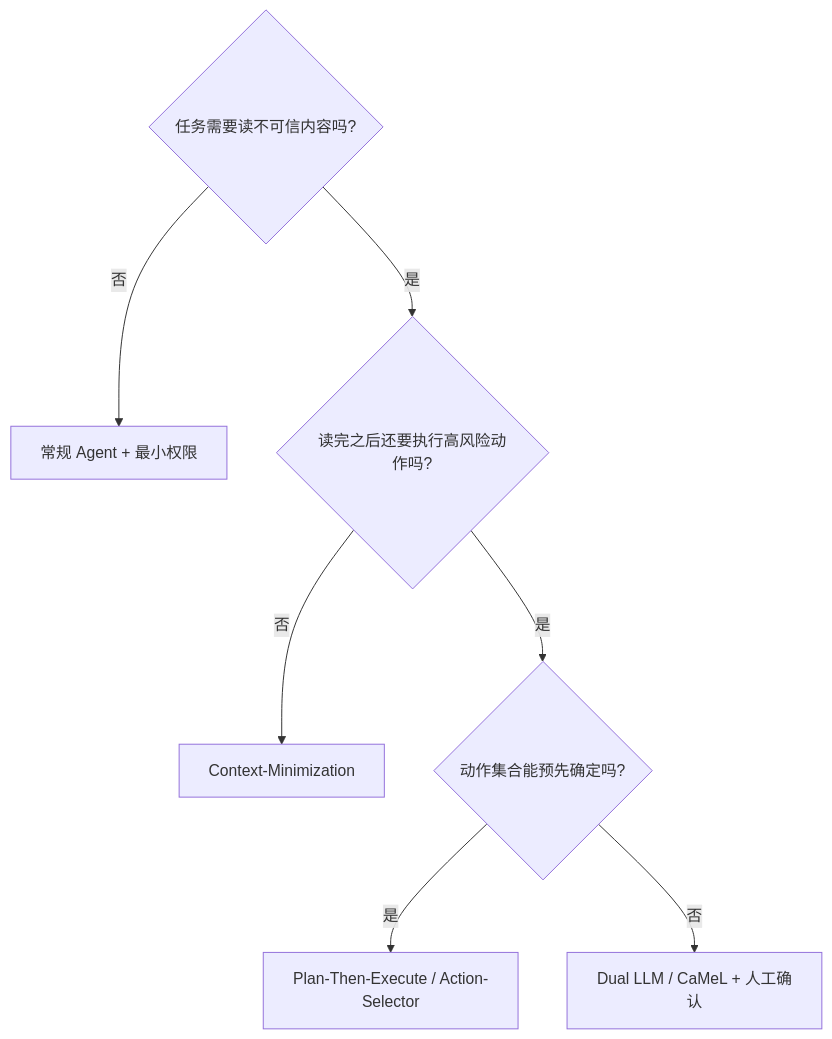
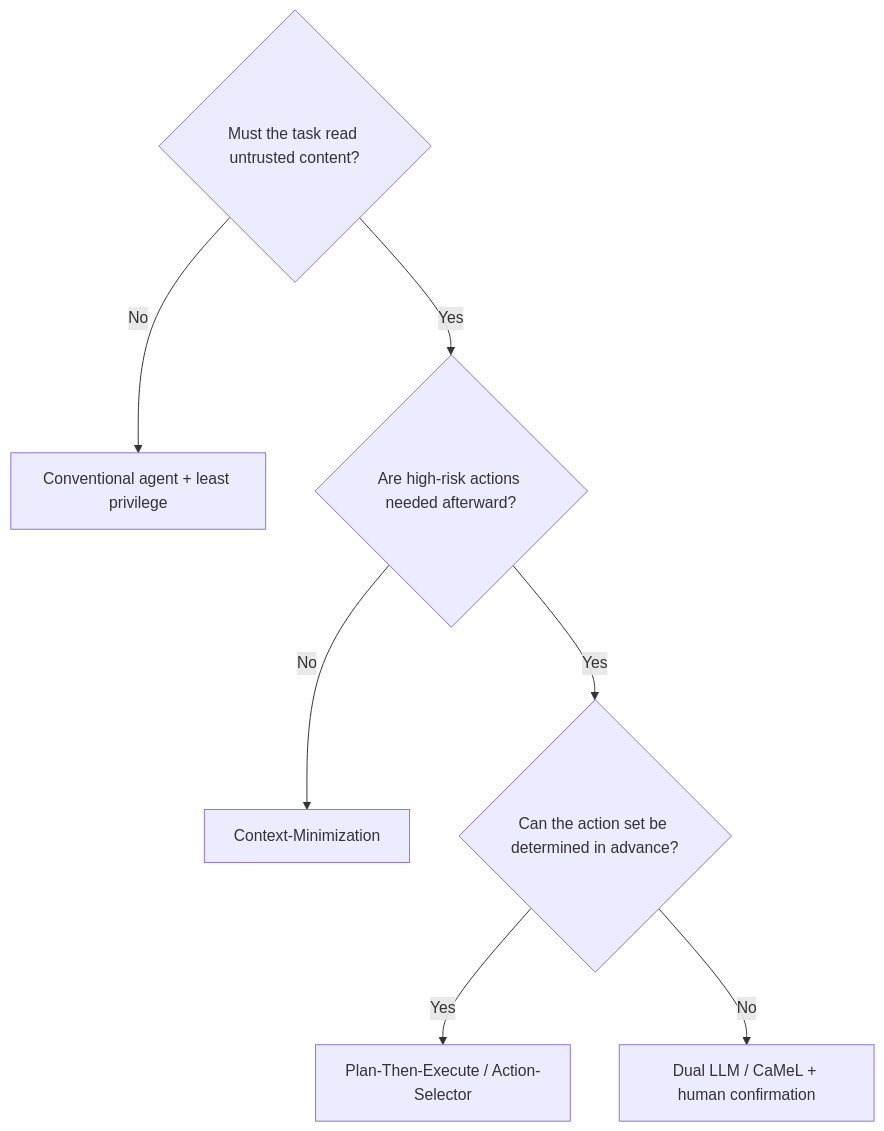
The sixth of 6 diagrams in docs/agent/05-production/15-agent-security.md (oneleaveknowsthefall/awesome-ai-roadmap), drawn with Mermaid before and after one commit. The commit also changed other lines of this file and 68 other files, not shown here.

````diff
--- a/docs/agent/05-production/15-agent-security.md
+++ b/docs/agent/05-production/15-agent-security.md
@@ -236,9 +236,9 @@
 ```mermaid
 flowchart TB
-    Q{任务需要读不可信内容吗?} -->|否| N[常规 Agent + 最小权限]
-    Q -->|是| Q2{读完之后还要执行高风险动作吗?}
-    Q2 -->|否| CM[Context-Minimization]
-    Q2 -->|是| Q3{动作集合能预先确定吗?}
-    Q3 -->|是| PE[Plan-Then-Execute / Action-Selector]
-    Q3 -->|否| DL[Dual LLM / CaMeL + 人工确认]
+    Q{Must the task read untrusted content?} -->|No| N[Conventional agent + least privilege]
+    Q -->|Yes| Q2{Are high-risk actions needed afterward?}
+    Q2 -->|No| CM[Context-Minimization]
+    Q2 -->|Yes| Q3{Can the action set be determined in advance?}
+    Q3 -->|Yes| PE[Plan-Then-Execute / Action-Selector]
+    Q3 -->|No| DL[Dual LLM / CaMeL + human confirmation]
 ```
````
